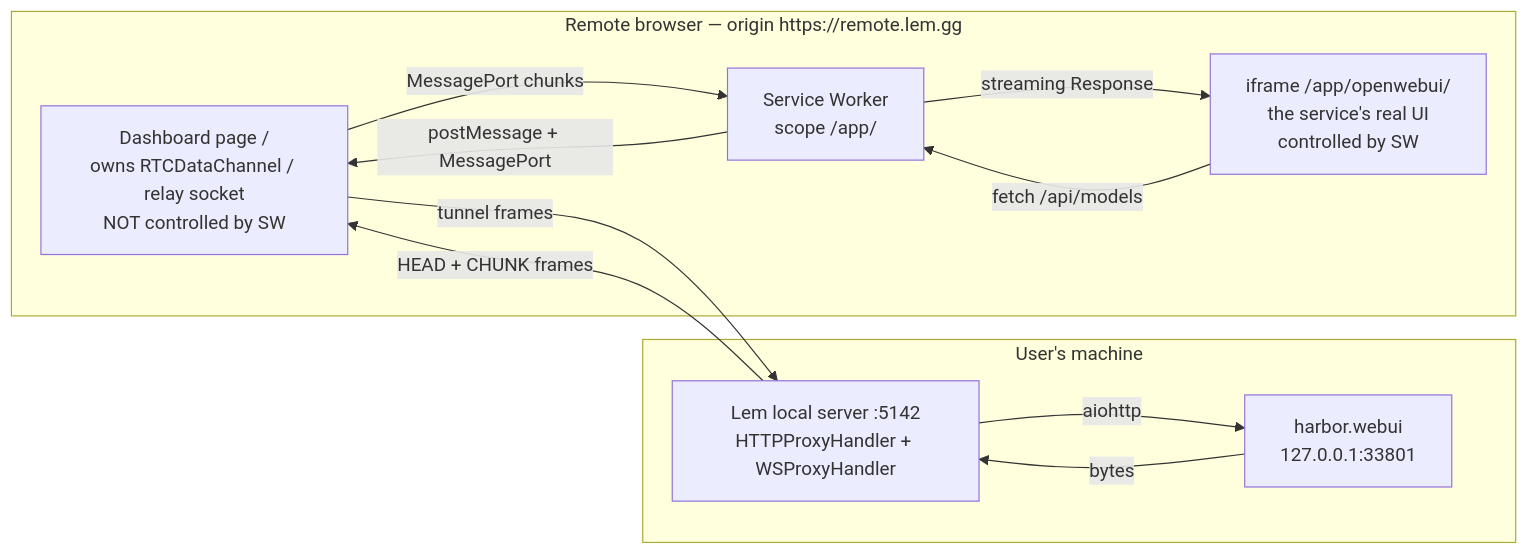
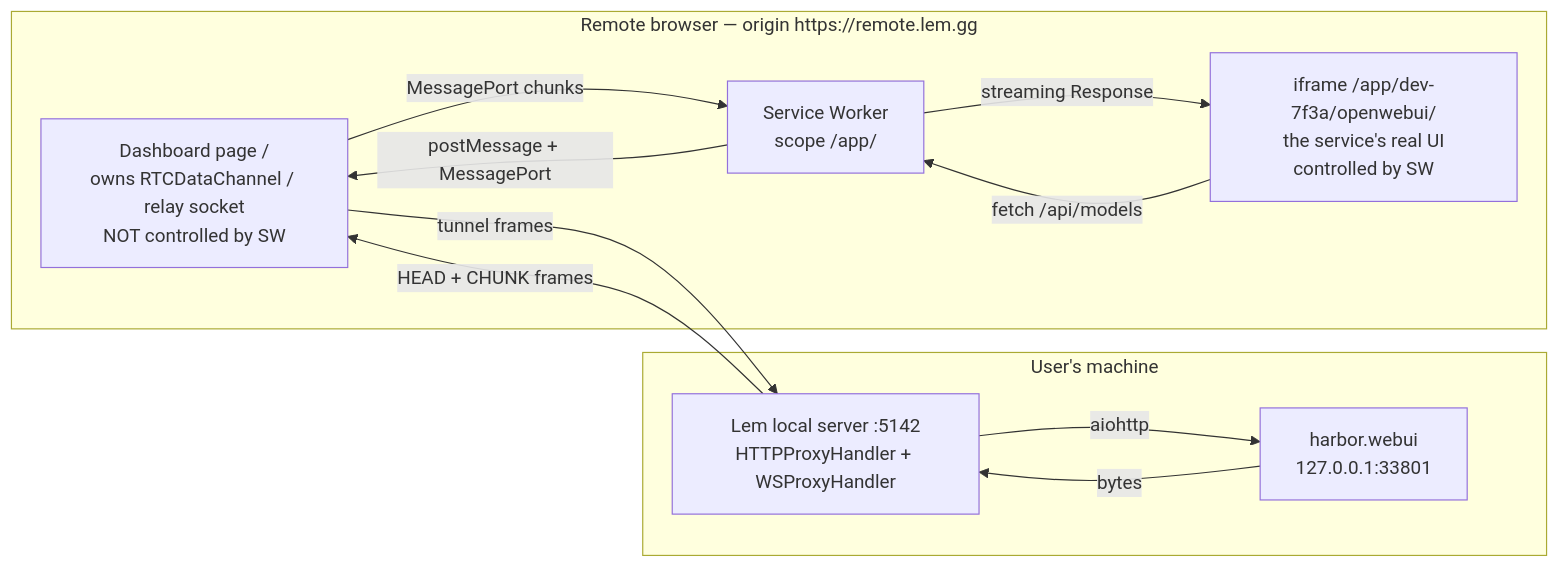
One commit to lem-app/lem changed the first of 7 diagrams in docs/tunnel-proxy-spec.md. Above: the diagram before and after it, drawn with Mermaid. The commit also changed other lines of this file and 4 other files, not shown here.

````diff
--- a/docs/tunnel-proxy-spec.md
+++ b/docs/tunnel-proxy-spec.md
@@ -125,22 +147,22 @@
 ```mermaid
 flowchart LR
   subgraph Browser["Remote browser — origin https://remote.lem.gg"]
     DASH["Dashboard page /<br/>owns RTCDataChannel / relay socket<br/>NOT controlled by SW"]
     SW["Service Worker<br/>scope /app/"]
-    IF["iframe /app/openwebui/<br/>the service's real UI<br/>controlled by SW"]
+    IF["iframe /app/dev-7f3a/openwebui/<br/>the service's real UI<br/>controlled by SW"]
   end
 
   subgraph Home["User's machine"]
     LS["Lem local server :5142<br/>HTTPProxyHandler + WSProxyHandler"]
     SVC["harbor.webui<br/>127.0.0.1:33801"]
   end
 
   IF -- "fetch /api/models" --> SW
   SW -- "postMessage + MessagePort" --> DASH
   DASH -- "tunnel frames" --> LS
   LS -- "aiohttp" --> SVC
   SVC -- "bytes" --> LS
   LS -- "HEAD + CHUNK frames" --> DASH
   DASH -- "MessagePort chunks" --> SW
   SW -- "streaming Response" --> IF
 ```
````
